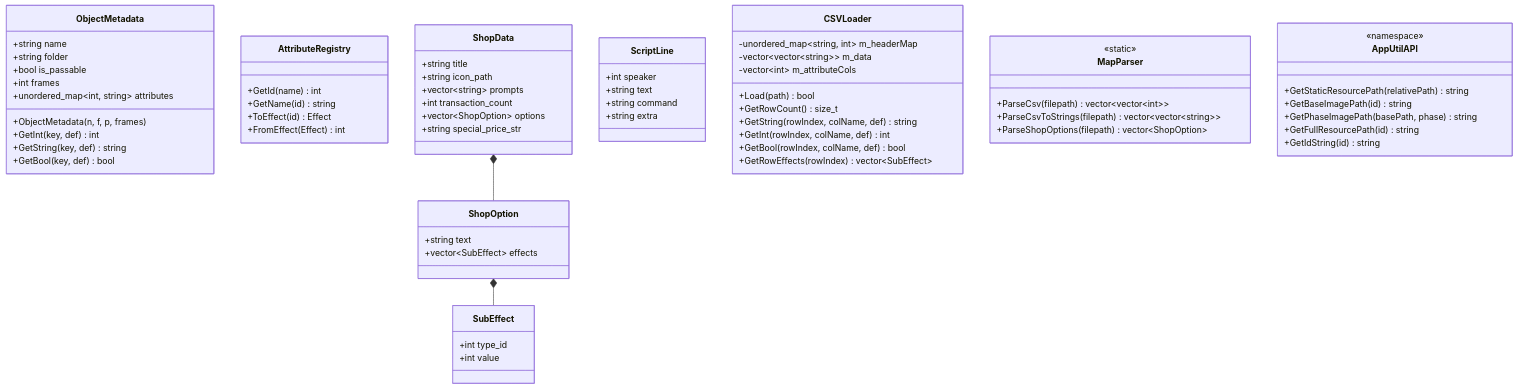
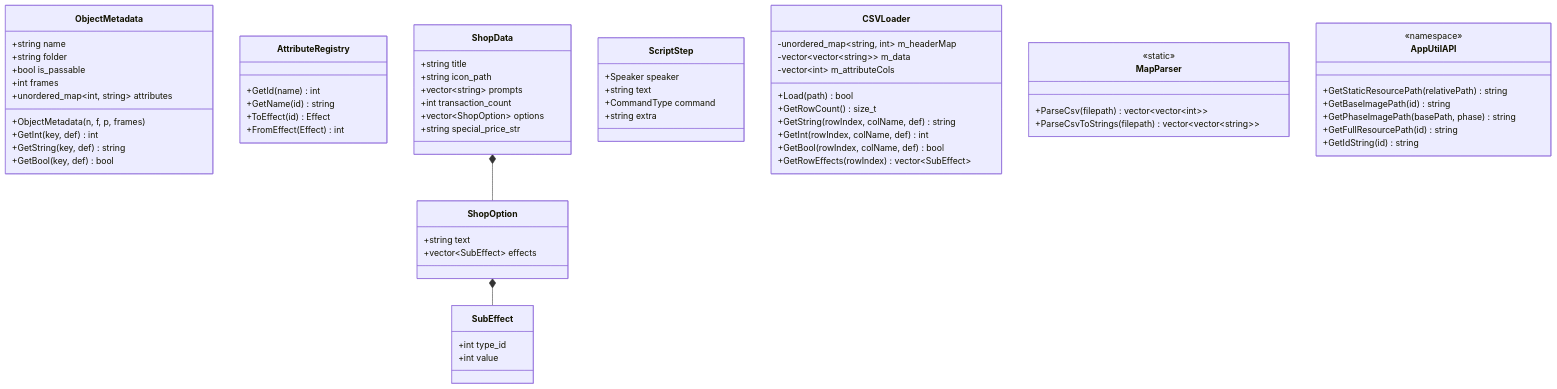
The third of 4 diagrams in Constructure.md (XWJWPIY/schoolwork_recreate_magic_tower), drawn with Mermaid before and after one commit. The commit also changed other lines of this file and 5 other files, not shown here.

````diff
--- a/Constructure.md
+++ b/Constructure.md
@@ -305,78 +356,77 @@
 ```mermaid
 classDiagram
     class ObjectMetadata {
         +string name
         +string folder
         +bool is_passable
         +int frames
         +unordered_map~int, string~ attributes
         +ObjectMetadata(n, f, p, frames)
         +GetInt(key, def) int
         +GetString(key, def) string
         +GetBool(key, def) bool
     }
 
     class AttributeRegistry {
         +GetId(name) int
         +GetName(id) string
         +ToEffect(id) Effect
         +FromEffect(Effect) int
     }
 
     class SubEffect {
         +int type_id
         +int value
     }
 
     class ShopOption {
         +string text
         +vector~SubEffect~ effects
     }
 
     class ShopData {
         +string title
         +string icon_path
         +vector~string~ prompts
         +int transaction_count
         +vector~ShopOption~ options
         +string special_price_str
     }
 
-    class ScriptLine {
-        +int speaker
+    class ScriptStep {
+        +Speaker speaker
         +string text
-        +string command
+        +CommandType command
         +string extra
     }
 
     class CSVLoader {
         -unordered_map~string, int~ m_headerMap
         -vector~vector~string~~ m_data
         -vector~int~ m_attributeCols
         +Load(path) bool
         +GetRowCount() size_t
         +GetString(rowIndex, colName, def) string
         +GetInt(rowIndex, colName, def) int
         +GetBool(rowIndex, colName, def) bool
         +GetRowEffects(rowIndex) vector~SubEffect~
     }
 
     class MapParser {
         <<static>>
         +ParseCsv(filepath) vector~vector~int~~
         +ParseCsvToStrings(filepath) vector~vector~string~~
-        +ParseShopOptions(filepath) vector~ShopOption~
     }
 
     class AppUtilAPI {
         <<namespace>>
         +GetStaticResourcePath(relativePath) string
         +GetBaseImagePath(id) string
         +GetPhaseImagePath(basePath, phase) string
         +GetFullResourcePath(id) string
         +GetIdString(id) string
     }
 
     ShopOption *-- SubEffect
     ShopData *-- ShopOption
 ```
````
